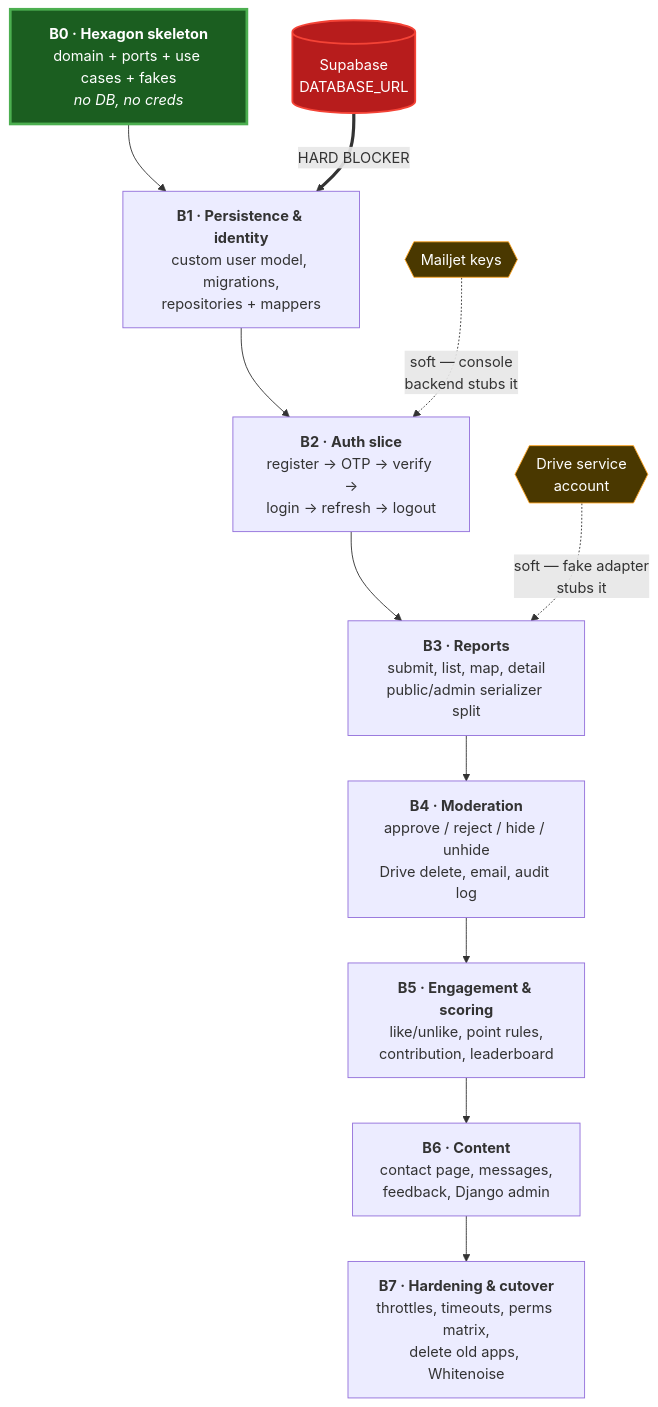
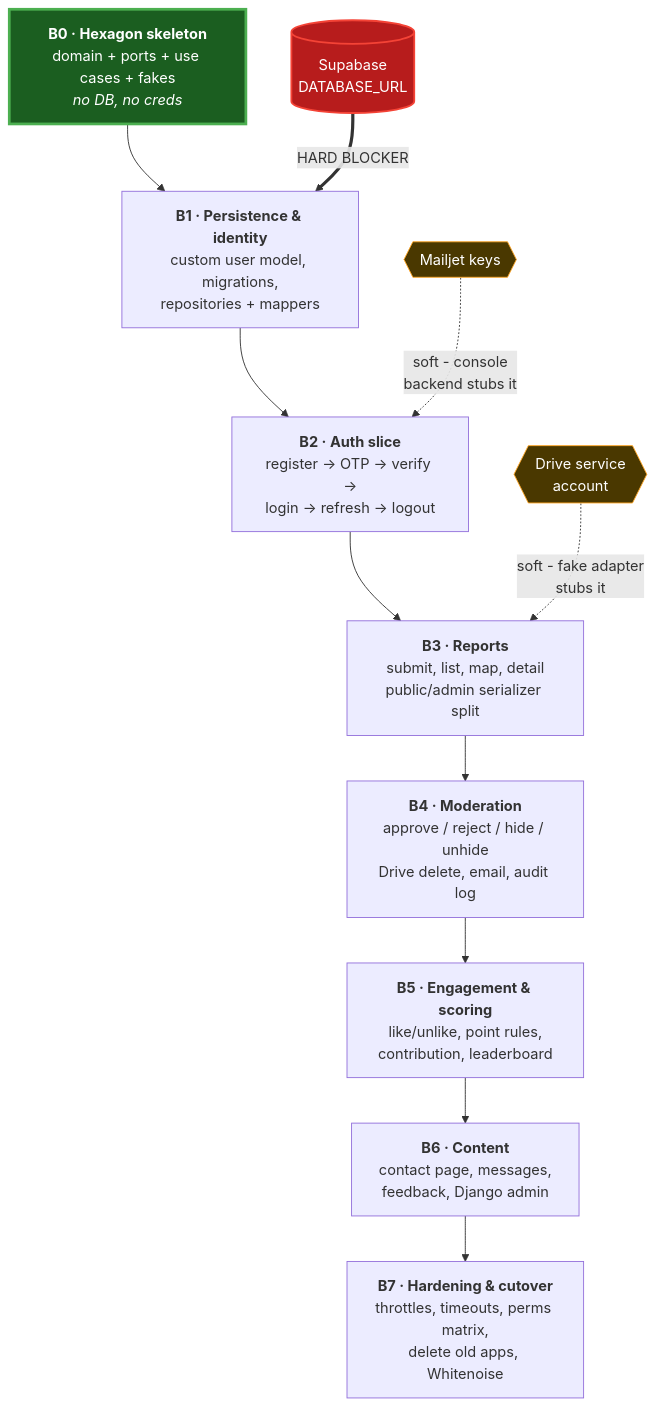
Before and after one commit to mdrayhan03/plastickothay_dev: the first of 4 diagrams in documents/backend_implementation_plan.md, drawn with Mermaid. The commit also changed other lines of this file and 115 other files, not shown here.

````diff
--- a/documents/backend_implementation_plan.md
+++ b/documents/backend_implementation_plan.md
@@ -15,25 +15,25 @@
 ```mermaid
 graph TD
     B0["<b>B0 · Hexagon skeleton</b><br/>domain + ports + use cases + fakes<br/><i>no DB, no creds</i>"]
     B1["<b>B1 · Persistence & identity</b><br/>custom user model, migrations,<br/>repositories + mappers"]
     B2["<b>B2 · Auth slice</b><br/>register → OTP → verify →<br/>login → refresh → logout"]
     B3["<b>B3 · Reports</b><br/>submit, list, map, detail<br/>public/admin serializer split"]
     B4["<b>B4 · Moderation</b><br/>approve / reject / hide / unhide<br/>Drive delete, email, audit log"]
     B5["<b>B5 · Engagement & scoring</b><br/>like/unlike, point rules,<br/>contribution, leaderboard"]
     B6["<b>B6 · Content</b><br/>contact page, messages,<br/>feedback, Django admin"]
     B7["<b>B7 · Hardening & cutover</b><br/>throttles, timeouts, perms matrix,<br/>delete old apps, Whitenoise"]
 
     DB[("Supabase<br/>DATABASE_URL")]
     MAIL{{"Mailjet keys"}}
     DRIVE{{"Drive service<br/>account"}}
 
     B0 --> B1 --> B2 --> B3 --> B4 --> B5 --> B6 --> B7
     DB ==>|"HARD BLOCKER"| B1
-    MAIL -.->|"soft — console<br/>backend stubs it"| B2
-    DRIVE -.->|"soft — fake adapter<br/>stubs it"| B3
+    MAIL -.->|"soft - console<br/>backend stubs it"| B2
+    DRIVE -.->|"soft - fake adapter<br/>stubs it"| B3
 
     style B0 fill:#1b5e20,stroke:#4caf50,stroke-width:3px,color:#fff
     style DB fill:#b71c1c,stroke:#f44336,stroke-width:2px,color:#fff
     style MAIL fill:#4a3800,stroke:#ffa726,color:#fff
     style DRIVE fill:#4a3800,stroke:#ffa726,color:#fff
 ```
````
